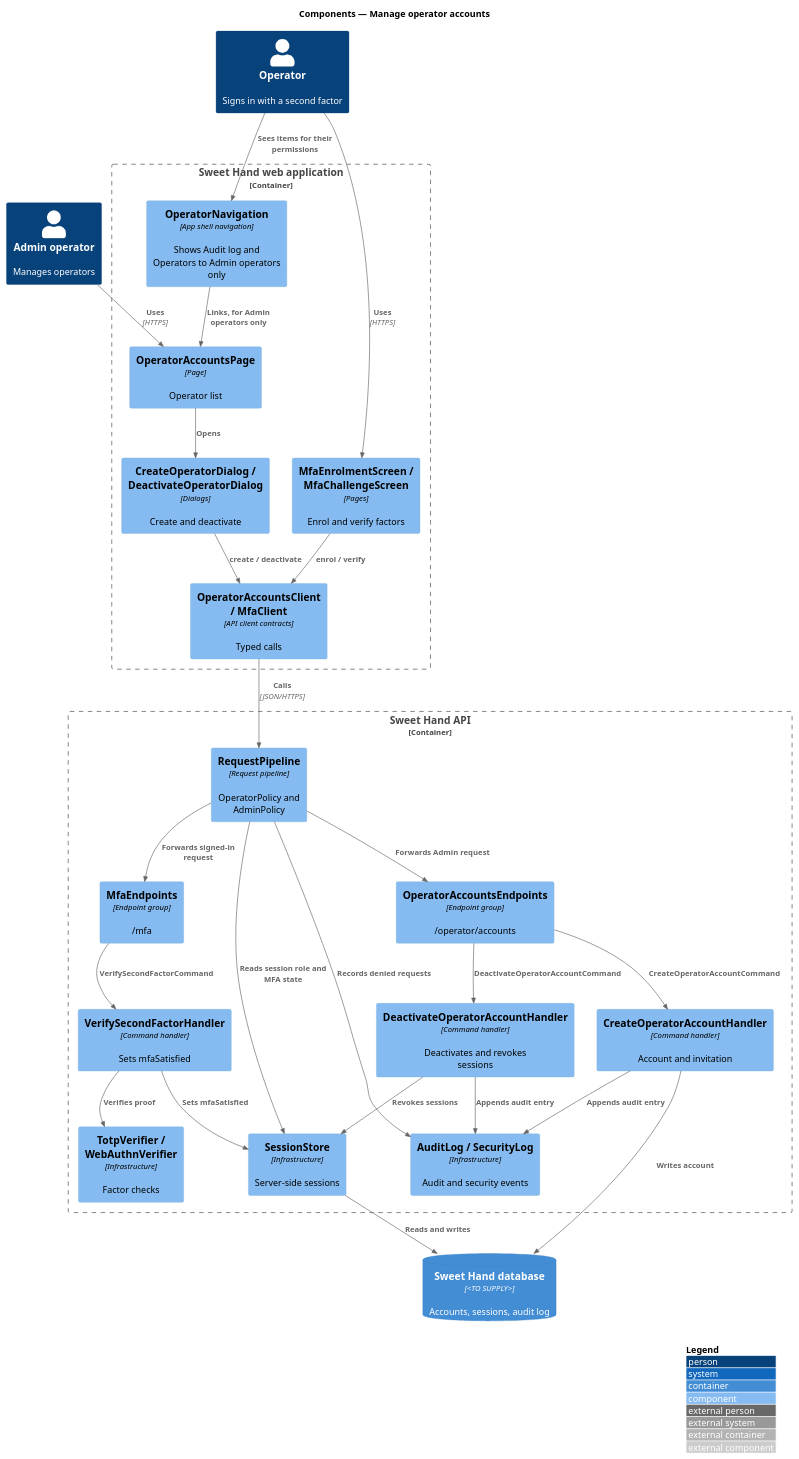
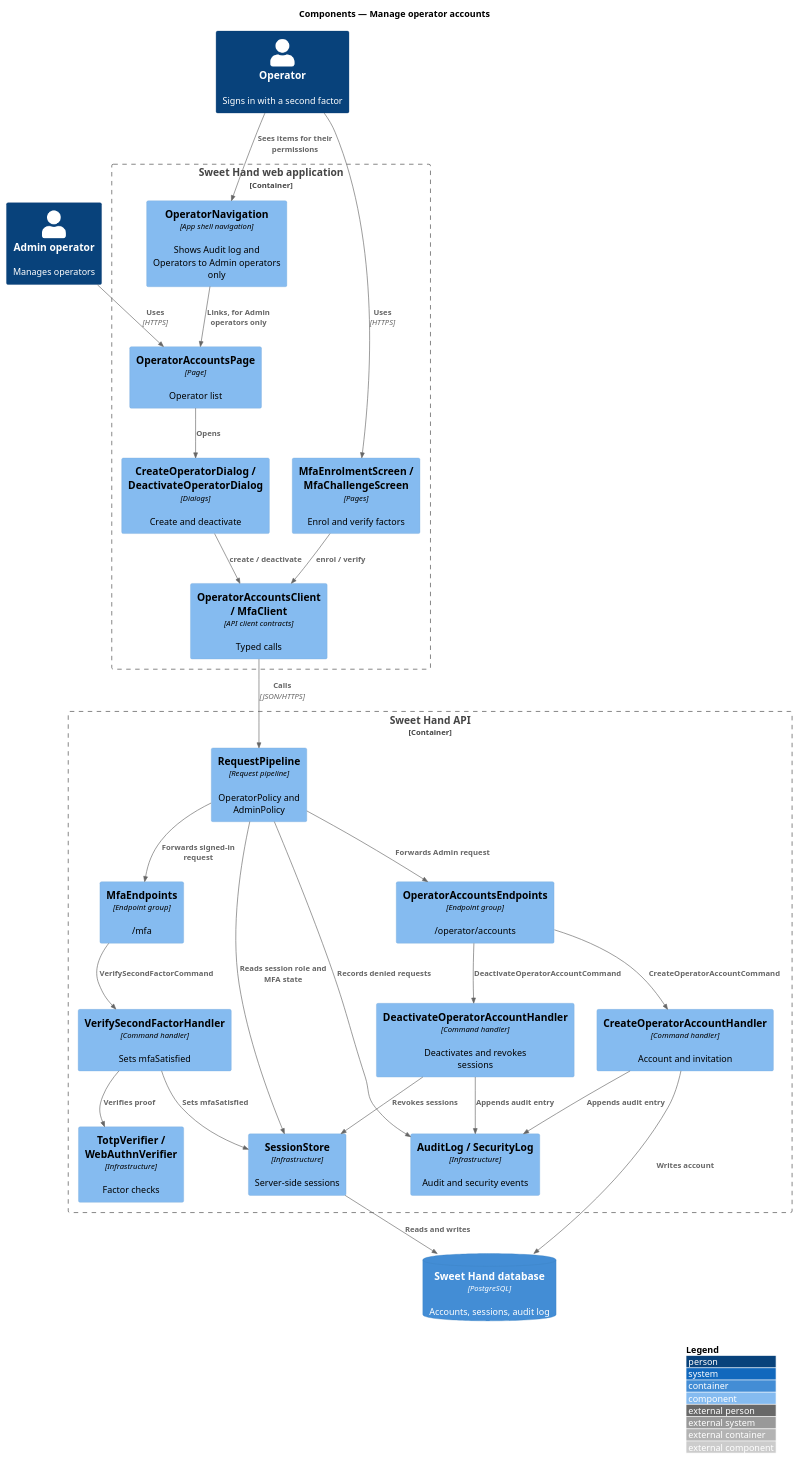
Before and after one commit to QuinntyneBrown/sweet-hand: the diagram in docs/detailed-designs/moderation/manage-operator-accounts/diagrams/c4-component.puml, drawn with PlantUML. The commit also changed 44 other files, not shown here.

```diff
--- a/docs/detailed-designs/moderation/manage-operator-accounts/diagrams/c4-component.puml
+++ b/docs/detailed-designs/moderation/manage-operator-accounts/diagrams/c4-component.puml
@@ -1,50 +1,50 @@
 @startuml
 !include <C4/C4_Component>
 LAYOUT_WITH_LEGEND()
 title Components — Manage operator accounts
 
 Person(admin, "Admin operator", "Manages operators")
 Person(operator, "Operator", "Signs in with a second factor")
 Container_Boundary(web, "Sweet Hand web application") {
   Component(nav, "OperatorNavigation", "App shell navigation", "Shows Audit log and Operators to Admin operators only")
   Component(accountsPage, "OperatorAccountsPage", "Page", "Operator list")
   Component(dialogs, "CreateOperatorDialog / DeactivateOperatorDialog", "Dialogs", "Create and deactivate")
   Component(mfaScreens, "MfaEnrolmentScreen / MfaChallengeScreen", "Pages", "Enrol and verify factors")
   Component(clients, "OperatorAccountsClient / MfaClient", "API client contracts", "Typed calls")
 }
 Container_Boundary(api, "Sweet Hand API") {
   Component(pipeline, "RequestPipeline", "Request pipeline", "OperatorPolicy and AdminPolicy")
   Component(accEndpoints, "OperatorAccountsEndpoints", "Endpoint group", "/operator/accounts")
   Component(mfaEndpoints, "MfaEndpoints", "Endpoint group", "/mfa")
   Component(createH, "CreateOperatorAccountHandler", "Command handler", "Account and invitation")
   Component(deactH, "DeactivateOperatorAccountHandler", "Command handler", "Deactivates and revokes sessions")
   Component(verifyH, "VerifySecondFactorHandler", "Command handler", "Sets mfaSatisfied")
   Component(verifiers, "TotpVerifier / WebAuthnVerifier", "Infrastructure", "Factor checks")
   Component(sessions, "SessionStore", "Infrastructure", "Server-side sessions")
   Component(logs, "AuditLog / SecurityLog", "Infrastructure", "Audit and security events")
 }
-ContainerDb(db, "Sweet Hand database", "<TO SUPPLY>", "Accounts, sessions, audit log")
+ContainerDb(db, "Sweet Hand database", "PostgreSQL", "Accounts, sessions, audit log")
 
 Rel(admin, accountsPage, "Uses", "HTTPS")
 Rel(operator, nav, "Sees items for their permissions")
 Rel(nav, accountsPage, "Links, for Admin operators only")
 Rel(operator, mfaScreens, "Uses", "HTTPS")
 Rel(accountsPage, dialogs, "Opens")
 Rel(dialogs, clients, "create / deactivate")
 Rel(mfaScreens, clients, "enrol / verify")
 Rel(clients, pipeline, "Calls", "JSON/HTTPS")
 Rel(pipeline, sessions, "Reads session role and MFA state")
 Rel(pipeline, logs, "Records denied requests")
 Rel(pipeline, accEndpoints, "Forwards Admin request")
 Rel(pipeline, mfaEndpoints, "Forwards signed-in request")
 Rel(accEndpoints, createH, "CreateOperatorAccountCommand")
 Rel(accEndpoints, deactH, "DeactivateOperatorAccountCommand")
 Rel(mfaEndpoints, verifyH, "VerifySecondFactorCommand")
 Rel(verifyH, verifiers, "Verifies proof")
 Rel(verifyH, sessions, "Sets mfaSatisfied")
 Rel(deactH, sessions, "Revokes sessions")
 Rel(createH, logs, "Appends audit entry")
 Rel(deactH, logs, "Appends audit entry")
 Rel(sessions, db, "Reads and writes")
 Rel(createH, db, "Writes account")
 @enduml
```
